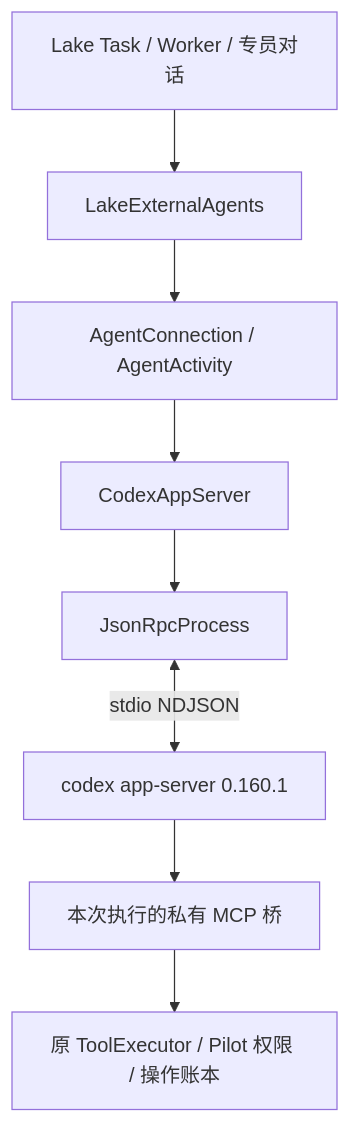
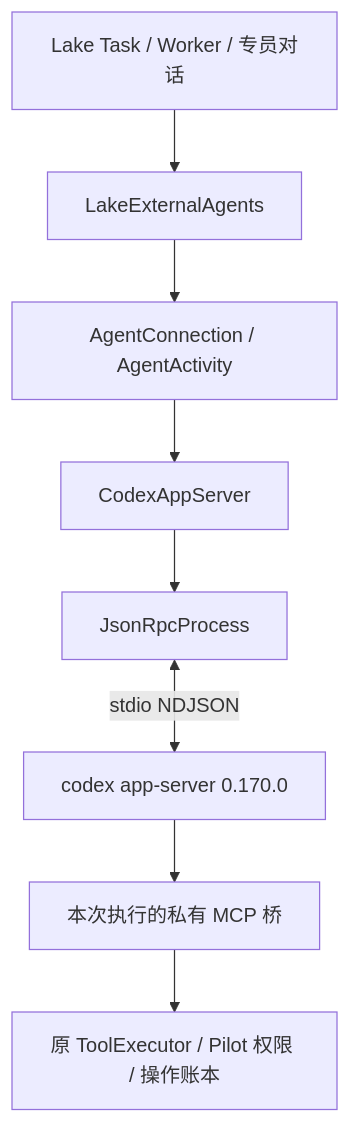
Before and after one commit to Clean-Lakes/Lake: the diagram in docs/design/local-agent-runtime.md, drawn with Mermaid. The commit also changed other lines of this file and 19 other files, not shown here.

````diff
--- a/docs/design/local-agent-runtime.md
+++ b/docs/design/local-agent-runtime.md
@@ -5,10 +5,10 @@
 ```mermaid
 flowchart TD
     Host[Lake Task / Worker / 专员对话] --> Service[LakeExternalAgents]
     Service --> Contract[AgentConnection / AgentActivity]
     Contract --> Codex[CodexAppServer]
     Codex --> Transport[JsonRpcProcess]
-    Transport <-->|stdio NDJSON| Provider[codex app-server 0.160.1]
+    Transport <-->|stdio NDJSON| Provider[codex app-server 0.170.0]
     Provider --> Bridge[本次执行的私有 MCP 桥]
     Bridge --> Executor[原 ToolExecutor / Pilot 权限 / 操作账本]
 ```
````
